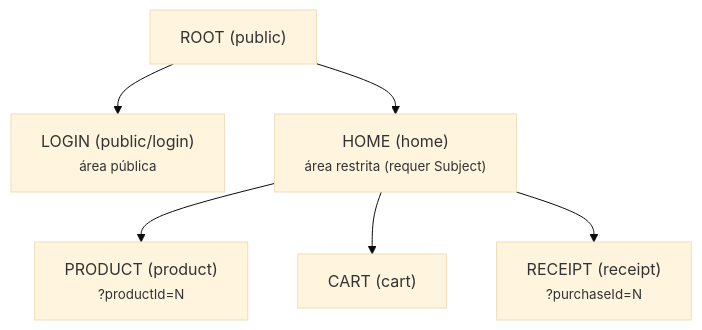
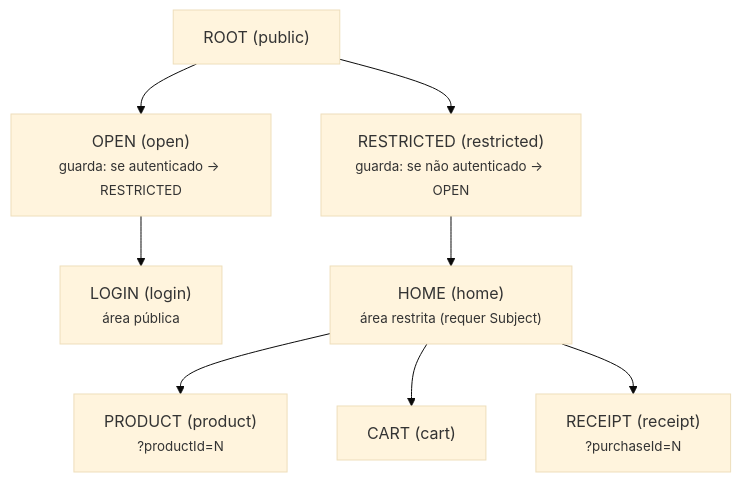
Before and after one commit to mrcdom/wdc-cube-java-v2: the second of 3 diagrams in fontes/br.com.wdc.shopping/br.com.wdc.shopping.presentation/README.md, drawn with Mermaid (base theme). The commit also changed other lines of this file, not shown here.

````diff
--- a/fontes/br.com.wdc.shopping/br.com.wdc.shopping.presentation/README.md
+++ b/fontes/br.com.wdc.shopping/br.com.wdc.shopping.presentation/README.md
@@ -75,9 +75,11 @@
 ```mermaid
 graph TD
     ROOT["ROOT (public)"]
-    ROOT --> LOGIN["LOGIN (public/login)<br/><small>área pública</small>"]
-    ROOT --> HOME["HOME (home)<br/><small>área restrita (requer Subject)</small>"]
+    ROOT --> OPEN["OPEN (open)<br/><small>guarda: se autenticado → RESTRICTED</small>"]
+    ROOT --> RESTRICTED["RESTRICTED (restricted)<br/><small>guarda: se não autenticado → OPEN</small>"]
+    OPEN --> LOGIN["LOGIN (login)<br/><small>área pública</small>"]
+    RESTRICTED --> HOME["HOME (home)<br/><small>área restrita (requer Subject)</small>"]
     HOME --> PRODUCT["PRODUCT (product)<br/><small>?productId=N</small>"]
     HOME --> CART["CART (cart)"]
     HOME --> RECEIPT["RECEIPT (receipt)<br/><small>?purchaseId=N</small>"]
 ```
````
